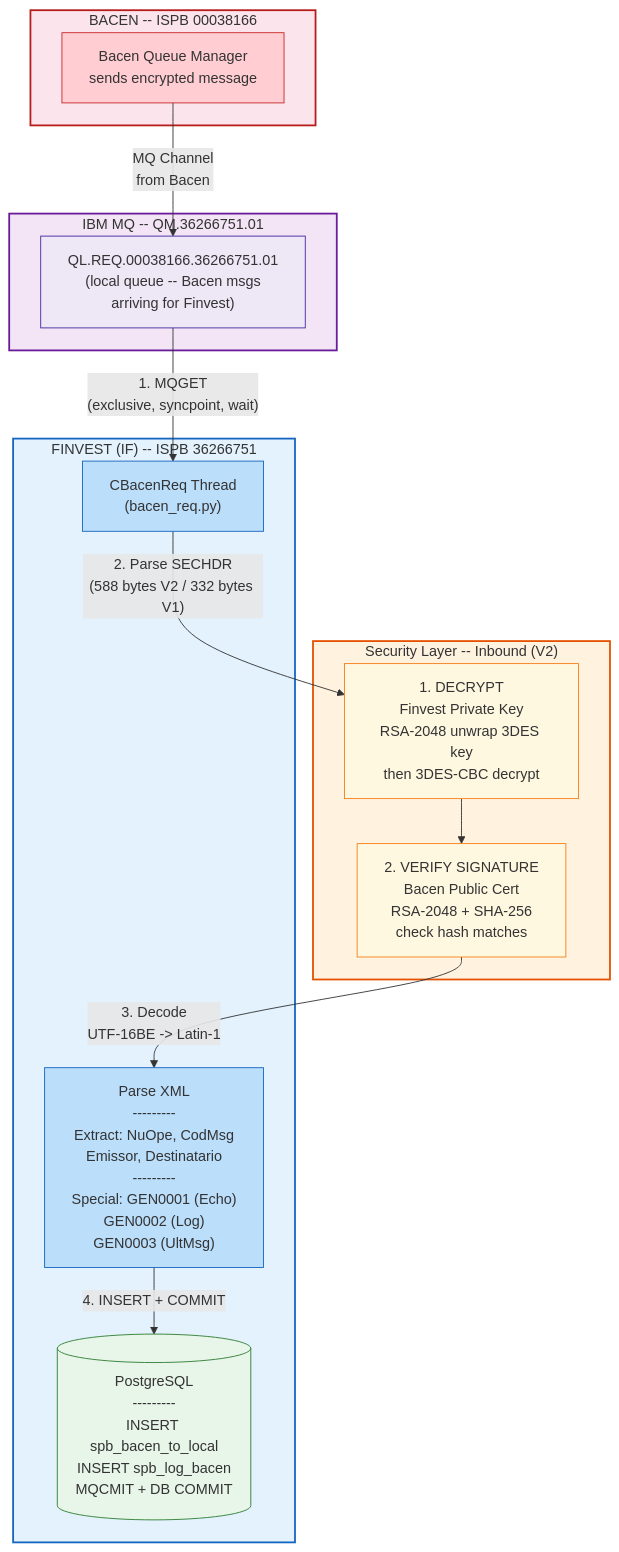
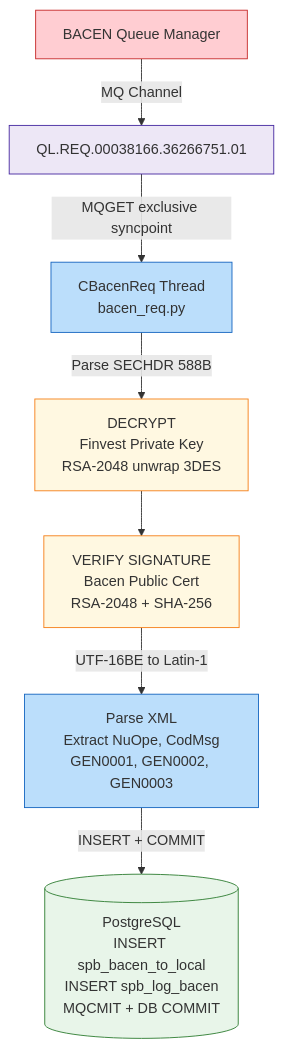
Before and after one commit to ACBtech86/SPB_FINAL: the second of 5 diagrams in Docs/MESSAGE_FLOWS.md, drawn with Mermaid. The commit also changed other lines of this file and 1 other file, not shown here.

First line of the commit message:
docs: Fix Mermaid diagrams and remove tmux references

````diff
--- a/Docs/MESSAGE_FLOWS.md
+++ b/Docs/MESSAGE_FLOWS.md
@@ -99,40 +85,25 @@
 ```mermaid
-flowchart TD
-    subgraph BACEN ["BACEN -- ISPB 00038166"]
-        BC_QM["Bacen Queue Manager\nsends encrypted message"]
-    end
+graph TD
+    BC_QM["BACEN Queue Manager"]
+    QL_BC["QL.REQ.00038166.36266751.01"]
+    BCREQ["CBacenReq Thread<br/>bacen_req.py"]
+    DECRYPT["DECRYPT<br/>Finvest Private Key<br/>RSA-2048 unwrap 3DES"]
+    VERIFY["VERIFY SIGNATURE<br/>Bacen Public Cert<br/>RSA-2048 + SHA-256"]
+    PARSE["Parse XML<br/>Extract NuOpe, CodMsg<br/>GEN0001, GEN0002, GEN0003"]
+    DB_IN[("PostgreSQL<br/>INSERT spb_bacen_to_local<br/>INSERT spb_log_bacen<br/>MQCMIT + DB COMMIT")]
 
-    subgraph MQ_IN ["IBM MQ -- QM.36266751.01"]
-        QL_BC["QL.REQ.00038166.36266751.01\n(local queue -- Bacen msgs\narriving for Finvest)"]
-    end
+    BC_QM -->|"MQ Channel"| QL_BC
+    QL_BC -->|"MQGET exclusive syncpoint"| BCREQ
+    BCREQ -->|"Parse SECHDR 588B"| DECRYPT
+    DECRYPT --> VERIFY
+    VERIFY -->|"UTF-16BE to Latin-1"| PARSE
+    PARSE -->|"INSERT + COMMIT"| DB_IN
 
-    subgraph SECURITY_IN ["Security Layer -- Inbound (V2)"]
-        DECRYPT["1. DECRYPT\nFinvest Private Key\nRSA-2048 unwrap 3DES key\nthen 3DES-CBC decrypt"]
-        VERIFY["2. VERIFY SIGNATURE\nBacen Public Cert\nRSA-2048 + SHA-256\ncheck hash matches"]
-    end
-
-    subgraph FINVEST ["FINVEST (IF) -- ISPB 36266751"]
-        BCREQ["CBacenReq Thread\n(bacen_req.py)"]
-        PARSE["Parse XML\n---------\nExtract: NuOpe, CodMsg\nEmissor, Destinatario\n---------\nSpecial: GEN0001 (Echo)\nGEN0002 (Log)\nGEN0003 (UltMsg)"]
-        DB_IN[("PostgreSQL\n---------\nINSERT spb_bacen_to_local\nINSERT spb_log_bacen\nMQCMIT + DB COMMIT")]
-    end
-
-    BC_QM -->|"MQ Channel\nfrom Bacen"| QL_BC
-    QL_BC -->|"1. MQGET\n(exclusive, syncpoint, wait)"| BCREQ
-    BCREQ -->|"2. Parse SECHDR\n(588 bytes V2 / 332 bytes V1)"| DECRYPT
-    DECRYPT --> VERIFY
-    VERIFY -->|"3. Decode\nUTF-16BE -> Latin-1"| PARSE
-    PARSE -->|"4. INSERT + COMMIT"| DB_IN
-
-    style BACEN fill:#fce4ec,stroke:#b71c1c,stroke-width:2px
-    style MQ_IN fill:#f3e5f5,stroke:#6a1b9a,stroke-width:2px
-    style SECURITY_IN fill:#fff3e0,stroke:#e65100,stroke-width:2px
-    style FINVEST fill:#e3f2fd,stroke:#1565c0,stroke-width:2px
     style BC_QM fill:#ffcdd2,stroke:#c62828
     style QL_BC fill:#ede7f6,stroke:#4527a0
     style DECRYPT fill:#fff8e1,stroke:#f57f17
     style VERIFY fill:#fff8e1,stroke:#f57f17
     style BCREQ fill:#bbdefb,stroke:#1565c0
     style PARSE fill:#bbdefb,stroke:#1565c0
     style DB_IN fill:#e8f5e9,stroke:#2e7d32
 ```
````
